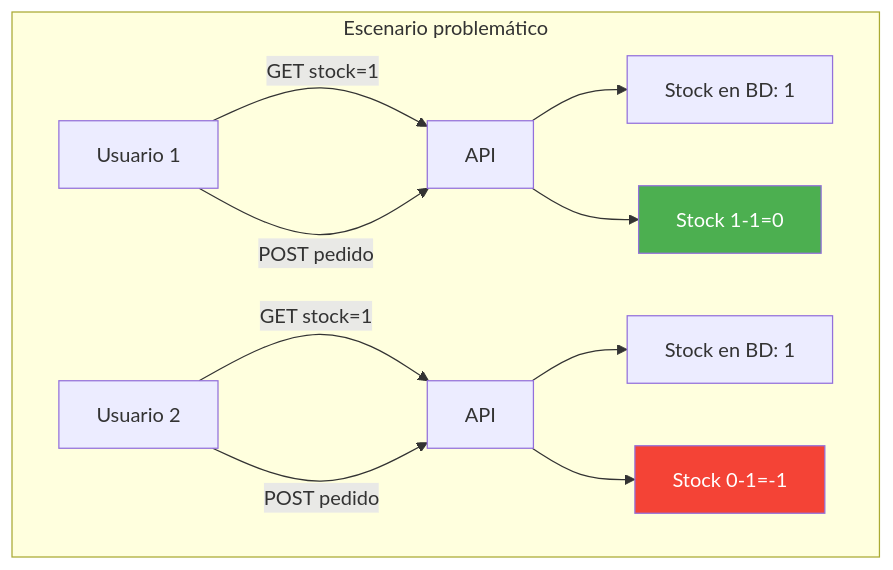
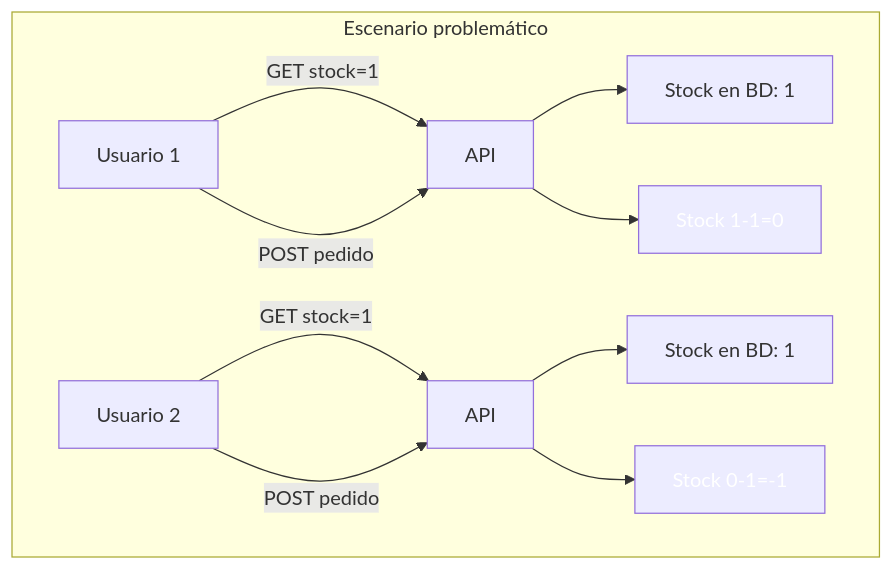
Before and after one commit to joseluisgs/DesarrolloWebEntornosServidor-02-2026-2027: the first of 8 diagrams in 15-transacciones-identificadores.md, drawn with Mermaid. The commit also changed other lines of this file and 41 other files, not shown here.

````diff
--- a/15-transacciones-identificadores.md
+++ b/15-transacciones-identificadores.md
@@ -37,15 +37,15 @@
 ```mermaid
 flowchart TD
     subgraph "Escenario problemático"
         U1["Usuario 1"] -->|GET stock=1| API1["API"]
         U2["Usuario 2"] -->|GET stock=1| API2["API"]
         API1 --> S1["Stock en BD: 1"]
         API2 --> S2["Stock en BD: 1"]
         U1 -->|POST pedido| API1
         U2 -->|POST pedido| API2
         API1 --> D1["Stock 1-1=0"]
         API2 --> D2["Stock 0-1=-1"]
     end
-    style D1 fill:#4CAF50,color:#fff
-    style D2 fill:#F44336,color:#fff
+    style D1 fill:#4CAF5,color:#fff0,color:#fff
+    style D2 fill:#F4433,color:#fff6,color:#fff
 ```
````
